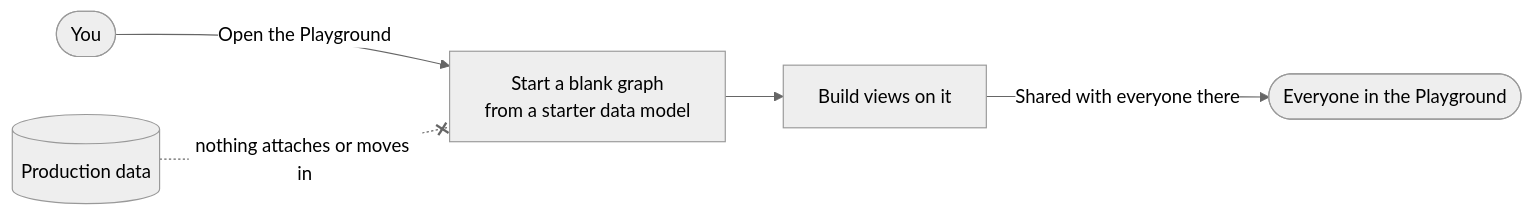
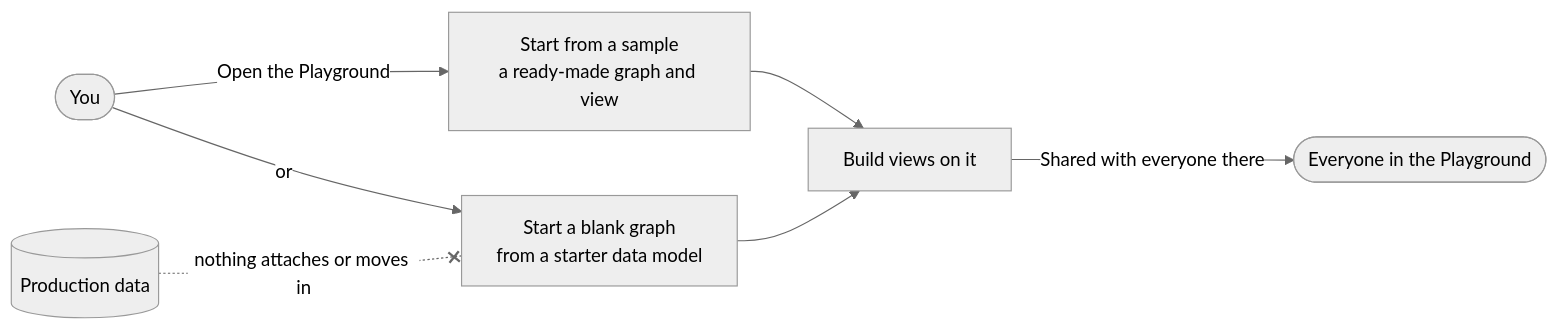
One commit to rkrumins/dataviz changed the diagram in docs/guide/PLAYGROUND.md. Above: the diagram before and after it, drawn with Mermaid (neutral theme). The commit also changed other lines of this file and 7 other files, not shown here.

First line of the commit message:
Playground: Start from a sample, under Your experiments

````diff
--- a/docs/guide/PLAYGROUND.md
+++ b/docs/guide/PLAYGROUND.md
@@ -14,7 +14,9 @@
 ```mermaid
 flowchart LR
-  You([You]) -->|Open the Playground| Graph[Start a blank graph<br/>from a starter data model]
-  Graph --> View[Build views on it]
+  You([You]) -->|Open the Playground| Sample[Start from a sample<br/>a ready-made graph and view]
+  You -->|or| Graph[Start a blank graph<br/>from a starter data model]
+  Sample --> View[Build views on it]
+  Graph --> View
   View -->|Shared with everyone there| Others([Everyone in the Playground])
   Prod[(Production data)] -. nothing attaches or moves in .-x Graph
 ```
````
